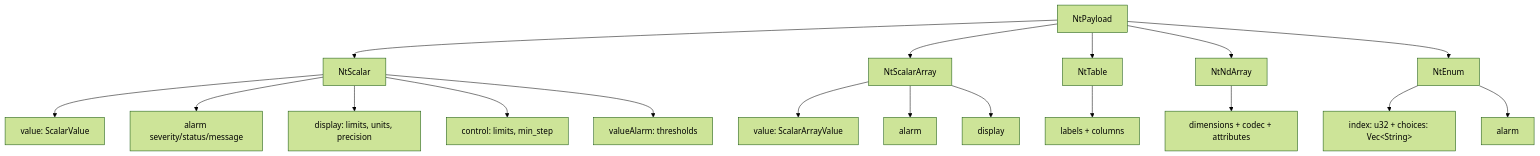
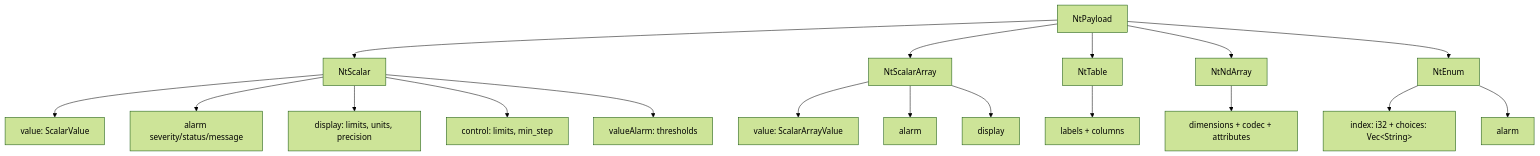
Before and after one commit to ISISNeutronMuon/spvirit: the diagram in docs/book/src/01-fundamentals/normative-types.md, drawn with Mermaid (forest theme). The commit also changed other lines of this file and 19 other files, not shown here.

````diff
--- a/docs/book/src/01-fundamentals/normative-types.md
+++ b/docs/book/src/01-fundamentals/normative-types.md
@@ -17,24 +17,24 @@
 ```mermaid
 flowchart TD
     NTP["NtPayload"]
     NTP --> NTS["NtScalar"]
     NTP --> NTSA["NtScalarArray"]
     NTP --> NTT["NtTable"]
     NTP --> NTNA["NtNdArray"]
     NTP --> NTE["NtEnum"]
 
     NTS --> V1["value: ScalarValue"]
     NTS --> A1["alarm severity/status/message"]
     NTS --> D1["display: limits, units, precision"]
     NTS --> C1["control: limits, min_step"]
     NTS --> VA1["valueAlarm: thresholds"]
 
     NTSA --> V2["value: ScalarArrayValue"]
     NTSA --> A2["alarm"]
     NTSA --> D2["display"]
 
     NTT --> L["labels + columns"]
     NTNA --> DIM["dimensions + codec + attributes"]
-    NTE --> V3["index: u32 + choices: Vec&lt;String&gt;"]
+    NTE --> V3["index: i32 + choices: Vec&lt;String&gt;"]
     NTE --> A3["alarm"]
 ```
````
